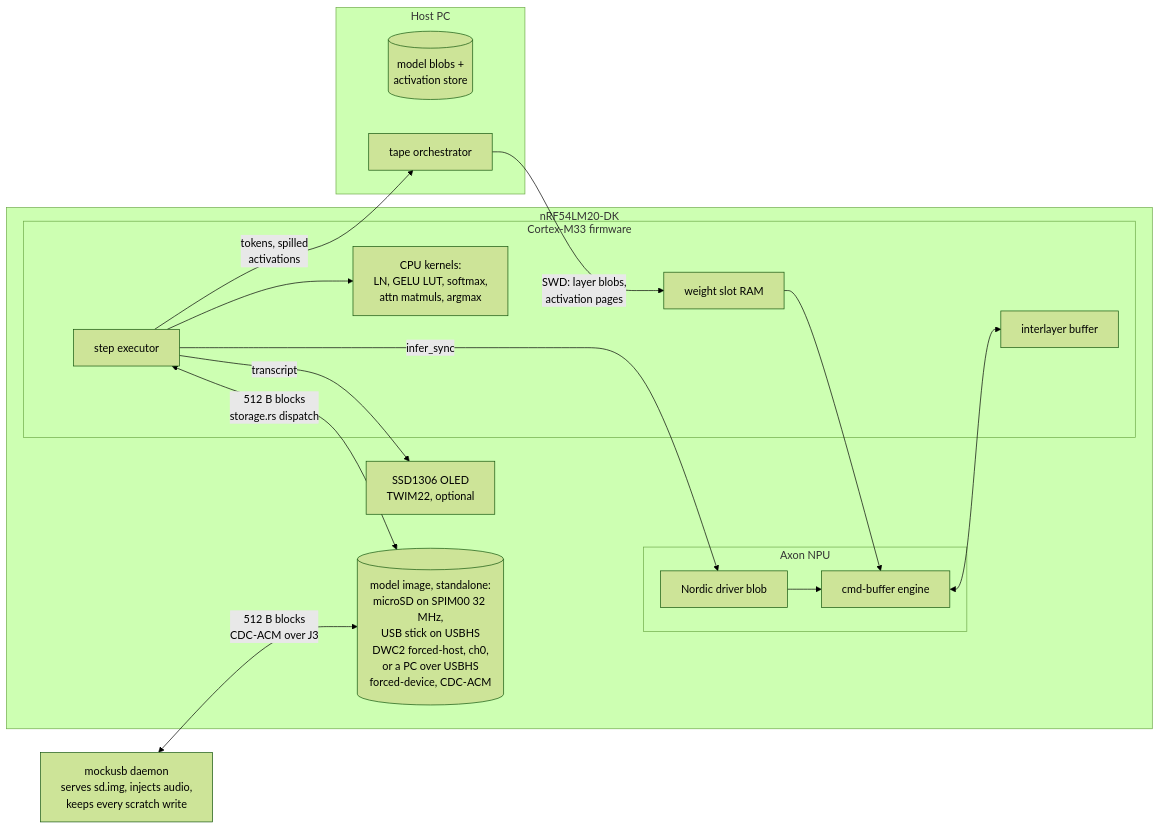
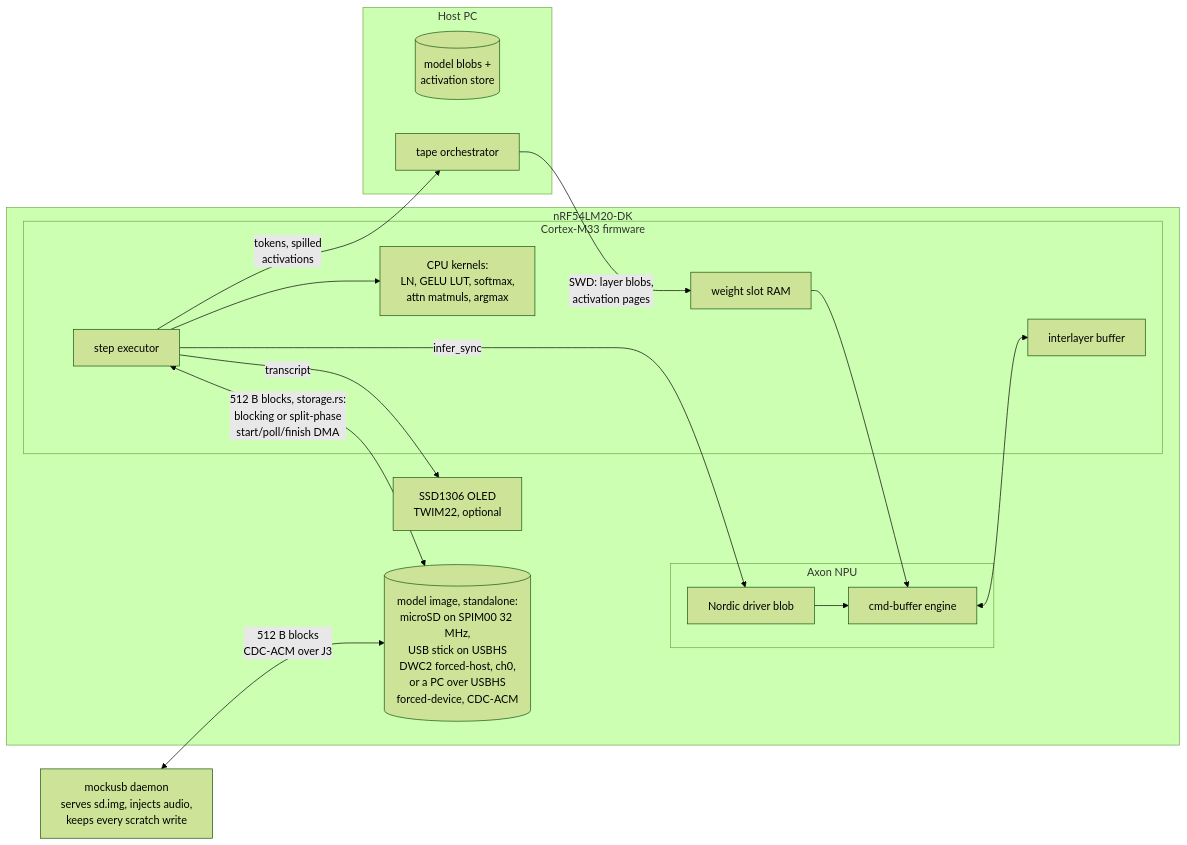
Before and after one commit to RustDyno/nrf54lm20-dk: the diagram in Whisper/README.md, drawn with Mermaid (forest theme). The commit also changed 8 other files, not shown here.

First line of the commit message:
Whisper: split-phase storage DMA overlapped with compute (speed pass 5)

````diff
--- a/Whisper/README.md
+++ b/Whisper/README.md
@@ -43,45 +43,46 @@
 ```mermaid
 flowchart LR
   subgraph host [Host PC]
     STORE[(model blobs +
 activation store)]
     ORCH[tape orchestrator]
   end
   subgraph dk [nRF54LM20-DK]
     subgraph m33 [Cortex-M33 firmware]
       EXEC[step executor]
       GLUE[CPU kernels:
 LN, GELU LUT, softmax,
 attn matmuls, argmax]
       SLOT[weight slot RAM]
       IL[interlayer buffer]
     end
     OLED[SSD1306 OLED
 TWIM22, optional]
     STOR[(model image, standalone:
 microSD on SPIM00 32 MHz,
 USB stick on USBHS
 DWC2 forced-host, ch0,
 or a PC over USBHS
 forced-device, CDC-ACM)]
     EXEC -->|transcript| OLED
-    EXEC <-->|512 B blocks
-storage.rs dispatch| STOR
+    EXEC <-->|512 B blocks, storage.rs:
+blocking or split-phase
+start/poll/finish DMA| STOR
     subgraph axon [Axon NPU]
       DRV[Nordic driver blob]
       ENG[cmd-buffer engine]
     end
   end
   ORCH -->|SWD: layer blobs,
 activation pages| SLOT
   MOCK[mockusb daemon
 serves sd.img, injects audio,
 keeps every scratch write] <-->|512 B blocks
 CDC-ACM over J3| STOR
   EXEC -->|tokens, spilled
 activations| ORCH
   EXEC --> GLUE
   EXEC -->|infer_sync| DRV --> ENG
   SLOT --> ENG
   ENG <--> IL
 ```
````
